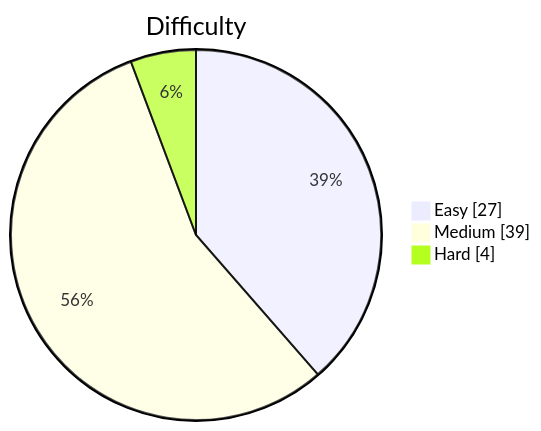
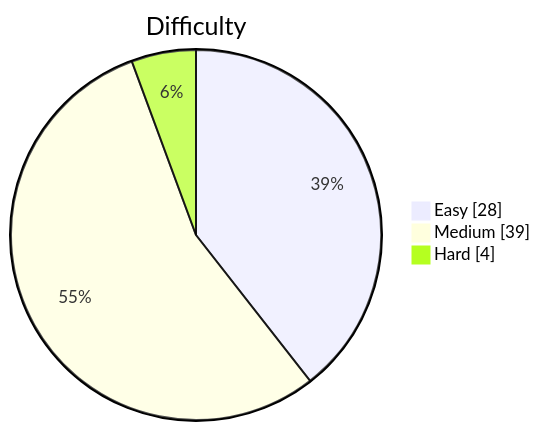
Before and after one commit to kevstevie/python-algo-practice: the diagram in README.md, drawn with Mermaid. The commit also changed other lines of this file, not shown here.

````diff
--- a/README.md
+++ b/README.md
@@ -13,7 +13,7 @@
 ```mermaid
 pie showData
     title Difficulty
-    "Easy"   : 27
+    "Easy"   : 28
     "Medium" : 39
     "Hard"   : 4
 ```
````
